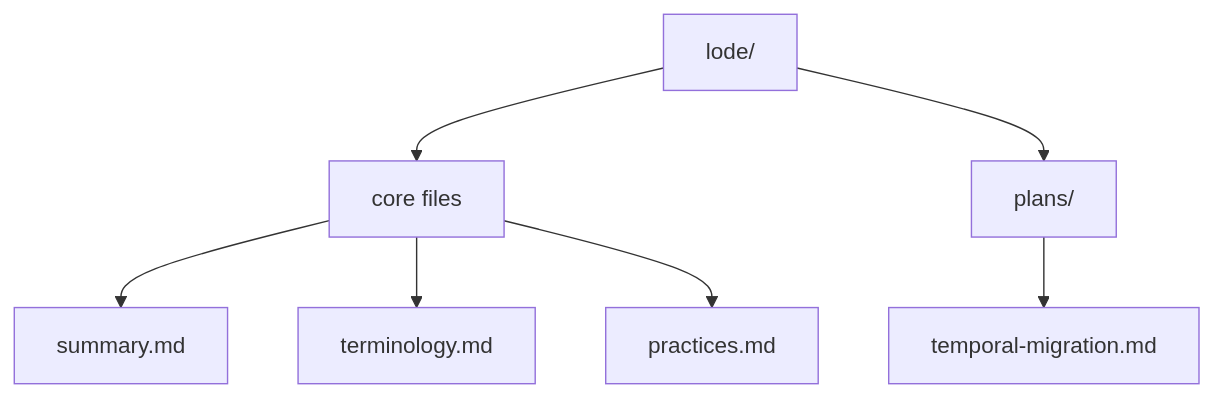
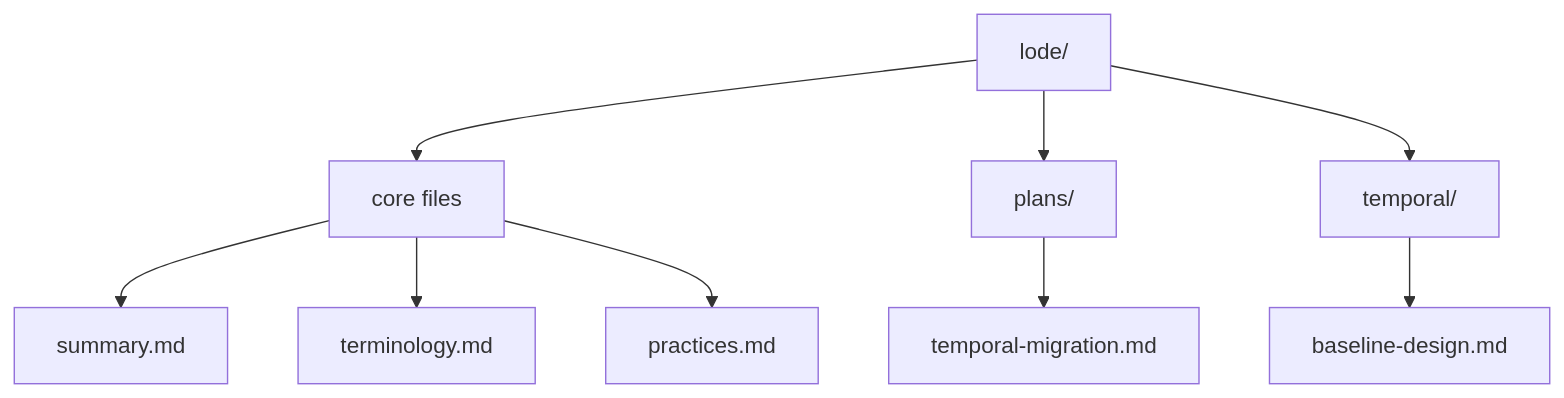
Before and after one commit to dxta-dev/pipeline: the diagram in lode/lode-map.md, drawn with Mermaid. The commit also changed other lines of this file and 5 other files, not shown here.

````diff
--- a/lode/lode-map.md
+++ b/lode/lode-map.md
@@ -31,9 +33,11 @@
 ```mermaid
 flowchart TD
   lode[lode/] --> core[core files]
   lode --> plans[plans/]
+  lode --> temporal[temporal/]
   core --> summary[summary.md]
   core --> terminology[terminology.md]
   core --> practices[practices.md]
   plans --> migration[temporal-migration.md]
+  temporal --> baseline[baseline-design.md]
 ```
````
